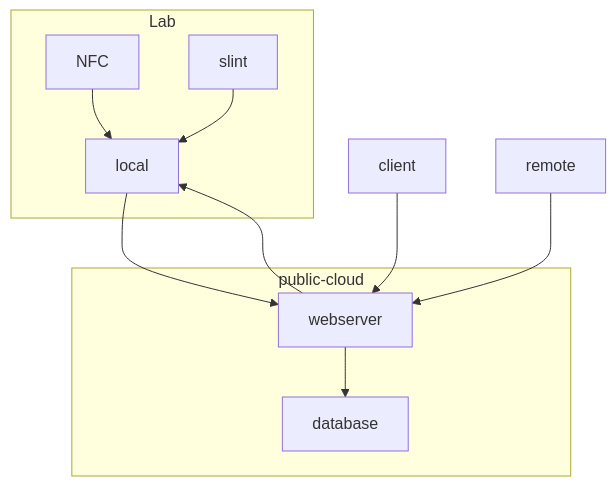
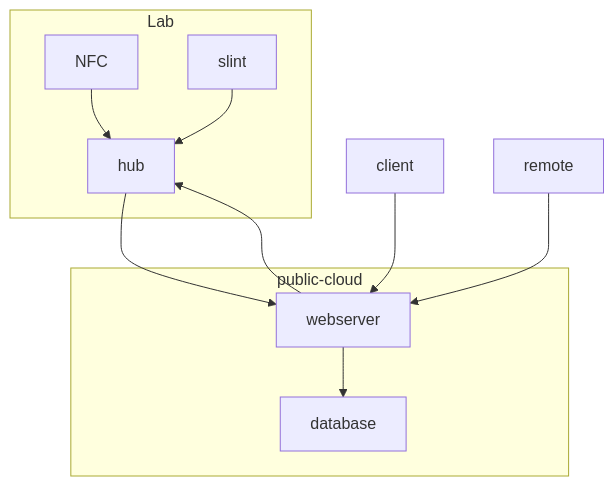
Before and after one commit to minerva-jupiter/lab_presence: the diagram in README.md, drawn with Mermaid.

````diff
--- a/README.md
+++ b/README.md
@@ -11,20 +11,20 @@
 ```mermaid
 flowchart TD
-    local --> webserver
+    hub --> webserver
     client --> webserver
-    NFC --> local
-    webserver --> local
+    NFC --> hub
+    webserver --> hub
     webserver --> database
-    slint --> local
+    slint --> hub
     remote --> webserver
 
     subgraph public-cloud
         database
         webserver
     end
     subgraph Lab
-        local
+        hub
         NFC
         slint
     end
 ```
````
